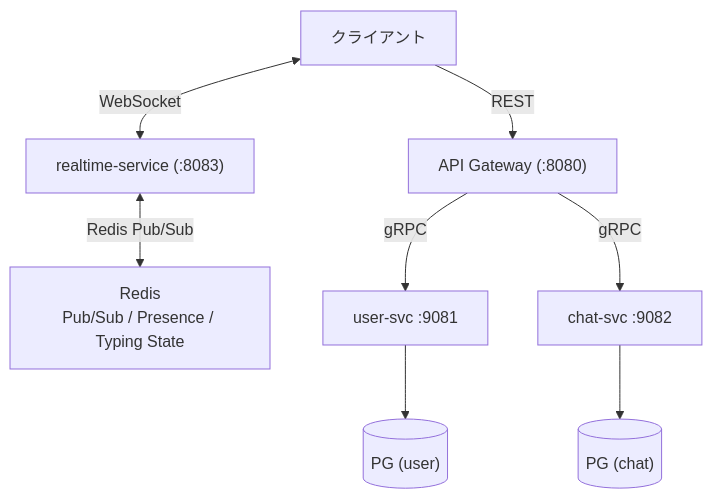
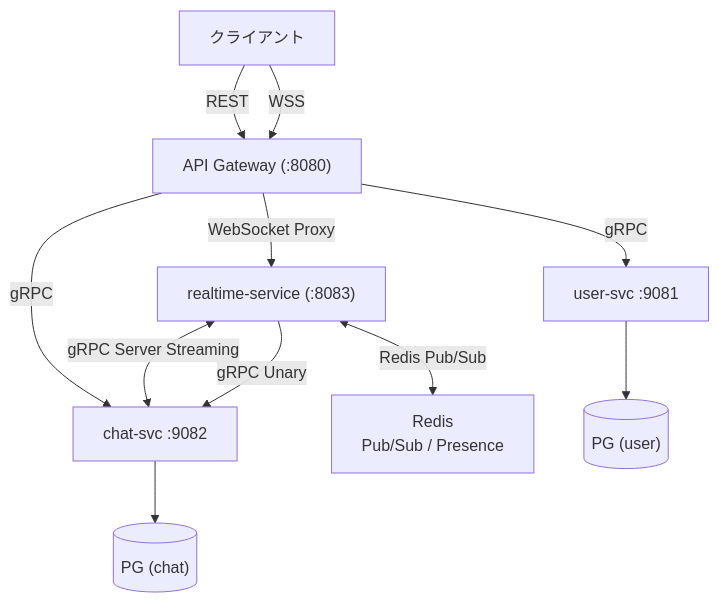
One commit to shunto-ishiguro/go-microservices-chat changed the fifth of 5 diagrams in docs/learning/phase-3.md. Above: the diagram before and after it, drawn with Mermaid. The commit also changed other lines of this file, not shown here.

First line of the commit message:
docs: phase-3.md に WebSocket / Hub / gRPC Server Streaming / Redis Pub/Sub の解説を追加

````diff
--- a/docs/learning/phase-3.md
+++ b/docs/learning/phase-3.md
@@ -395,13 +622,16 @@
 ```mermaid
 graph TD
-    Client[クライアント] <-->|WebSocket| RS["realtime-service (:8083)"]
-    Client -->|REST| GW["API Gateway (:8080)"]
-
-    RS <-->|Redis Pub/Sub| Redis["Redis<br/>Pub/Sub / Presence / Typing State"]
+    Client[クライアント] -->|REST| GW["API Gateway (:8080)"]
+    Client -->|WSS| GW
 
     GW -->|gRPC| US["user-svc :9081"]
     GW -->|gRPC| CS["chat-svc :9082"]
+    GW -->|WebSocket Proxy| RS["realtime-service (:8083)"]
+
+    RS <-->|gRPC Server Streaming| CS
+    RS -->|gRPC Unary| CS
+    RS <-->|Redis Pub/Sub| Redis["Redis<br/>Pub/Sub / Presence"]
 
     US --> PG1[("PG (user)")]
     CS --> PG2[("PG (chat)")]
 ```
````
